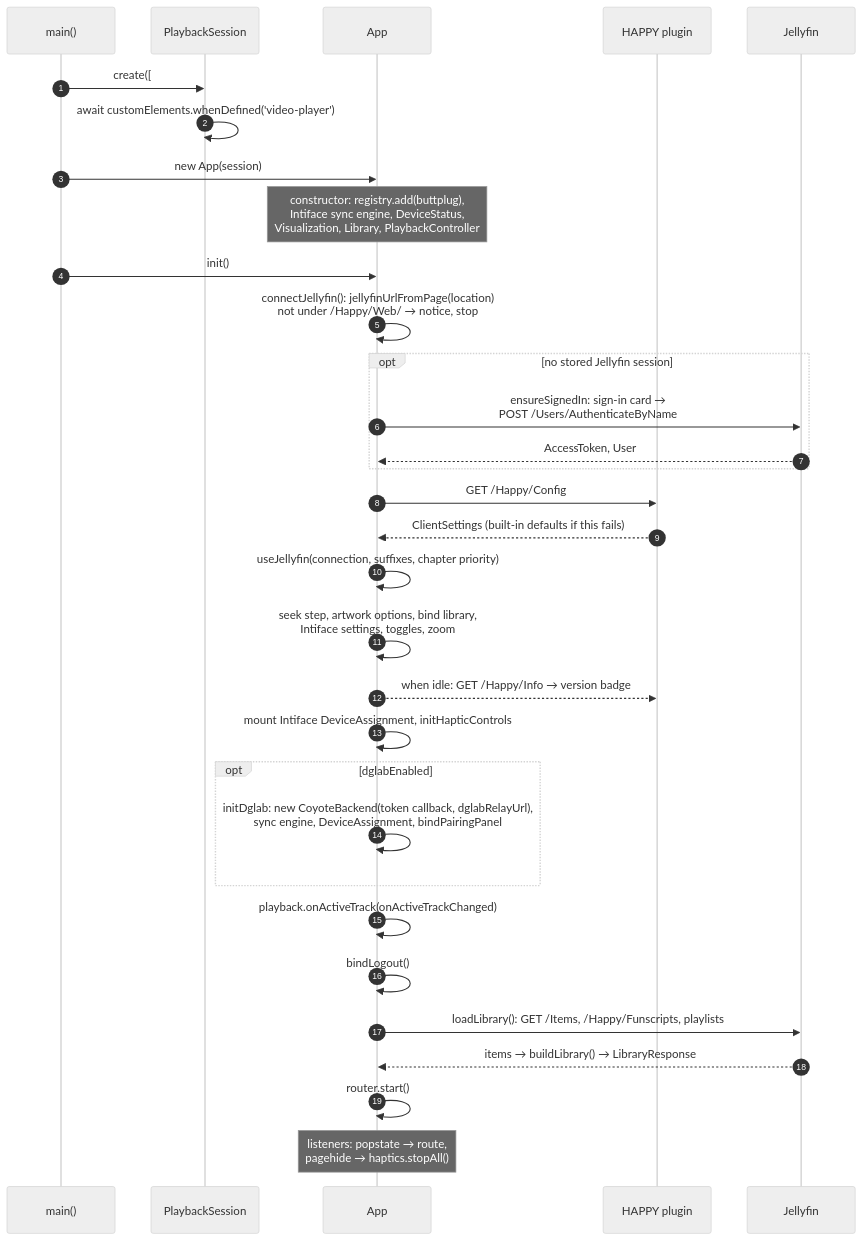
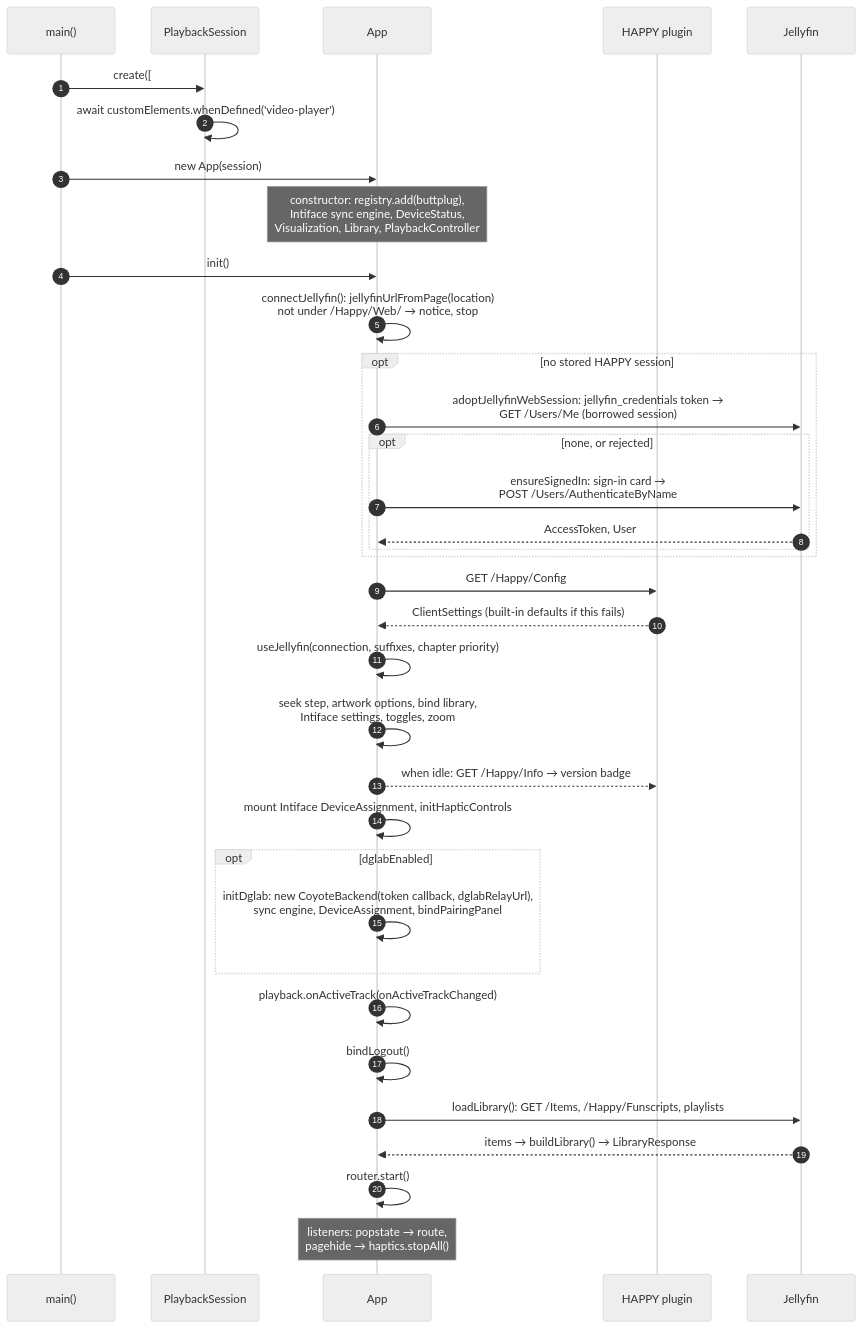
One commit to lumbar-spine-support/docker-haptic-player changed the second of 5 diagrams in docs/developer/client.md. Above: the diagram before and after it, drawn with Mermaid (neutral theme). The commit also changed other lines of this file and 5 other files, not shown here.

First line of the commit message:
docs: HAPPY in Jellyfin's menu and the shared sign-in

````diff
--- a/docs/developer/client.md
+++ b/docs/developer/client.md
@@ -65,35 +65,38 @@
 ```mermaid
 sequenceDiagram
   autonumber
   participant M as main()
   participant PS as PlaybackSession
   participant A as App
   participant P as HAPPY plugin
   participant J as Jellyfin
 
   M->>PS: create([#player-slot-a, #player-slot-b])
   PS->>PS: await customElements.whenDefined('video-player')
   M->>A: new App(session)
   Note over A: constructor: registry.add(buttplug),<br/>Intiface sync engine, DeviceStatus,<br/>Visualization, Library, PlaybackController
   M->>A: init()
   A->>A: connectJellyfin(): jellyfinUrlFromPage(location)<br/>not under /Happy/Web/ → notice, stop
-  opt no stored Jellyfin session
-    A->>J: ensureSignedIn: sign-in card →<br/>POST /Users/AuthenticateByName
-    J-->>A: AccessToken, User
+  opt no stored HAPPY session
+    A->>J: adoptJellyfinWebSession: jellyfin_credentials token →<br/>GET /Users/Me (borrowed session)
+    opt none, or rejected
+      A->>J: ensureSignedIn: sign-in card →<br/>POST /Users/AuthenticateByName
+      J-->>A: AccessToken, User
+    end
   end
   A->>P: GET /Happy/Config
   P-->>A: ClientSettings (built-in defaults if this fails)
   A->>A: useJellyfin(connection, suffixes, chapter priority)
   A->>A: seek step, artwork options, bind library,<br/>Intiface settings, toggles, zoom
   A-->>P: when idle: GET /Happy/Info → version badge
   A->>A: mount Intiface DeviceAssignment, initHapticControls
   opt dglabEnabled
     A->>A: initDglab: new CoyoteBackend(token callback, dglabRelayUrl),<br/>sync engine, DeviceAssignment, bindPairingPanel
   end
   A->>A: playback.onActiveTrack(onActiveTrackChanged)
   A->>A: bindLogout()
   A->>J: loadLibrary(): GET /Items, /Happy/Funscripts, playlists
   J-->>A: items → buildLibrary() → LibraryResponse
   A->>A: router.start()
   Note over A: listeners: popstate → route,<br/>pagehide → haptics.stopAll()
 ```
````
